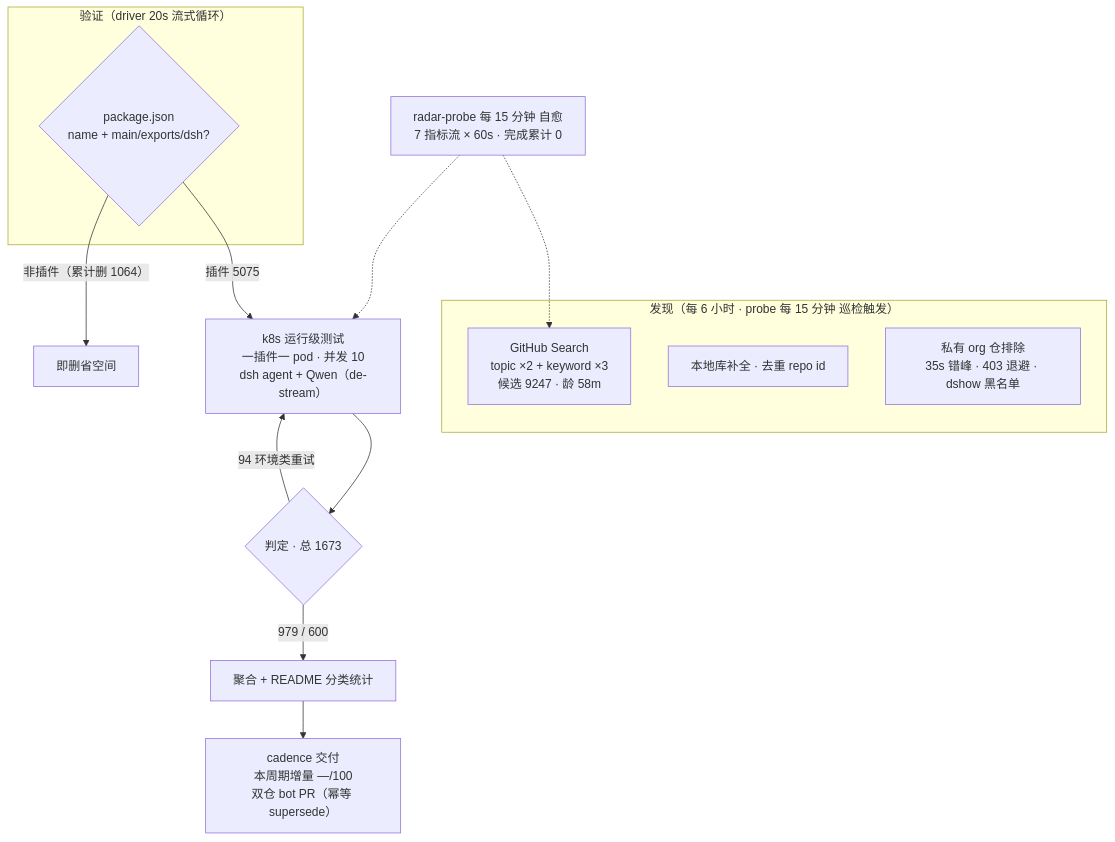
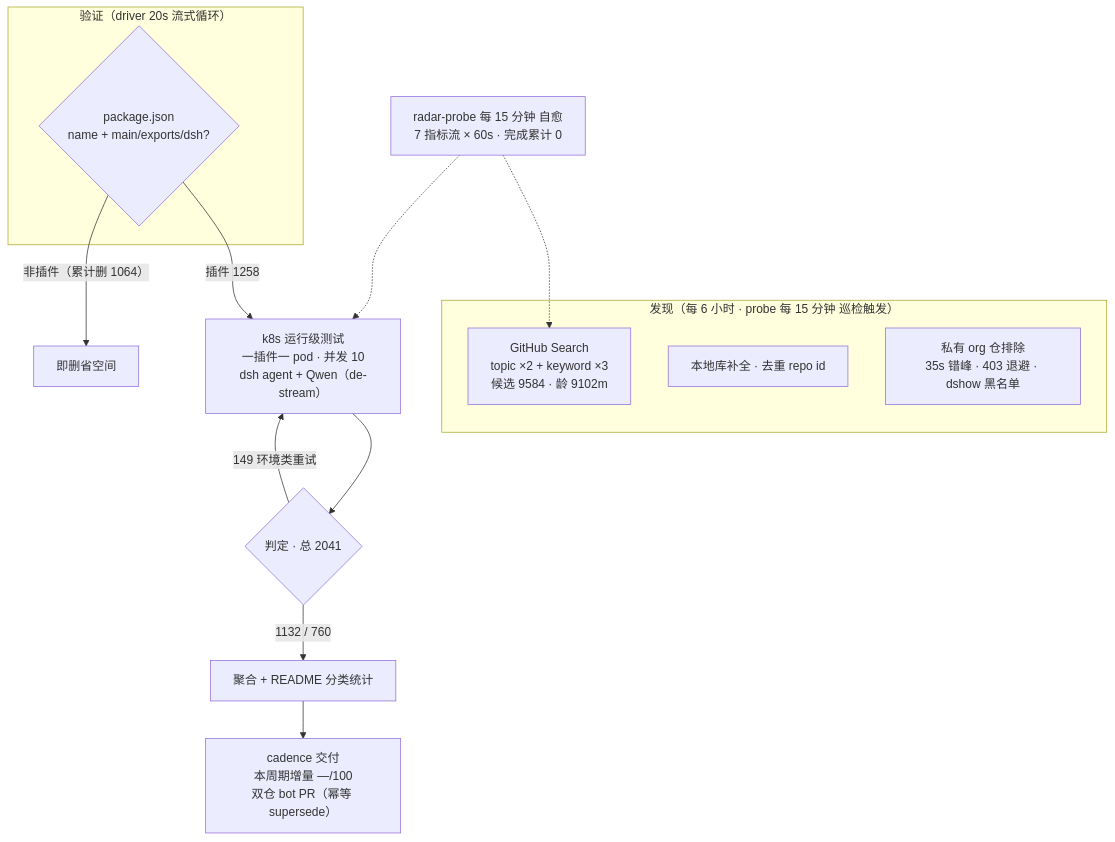
One commit to Zhidao-Lab-OSS/awesome-dsh-plugins changed the diagram in README.md. Above: the diagram before and after it, drawn with Mermaid. The commit also changed other lines of this file and 1 other file, not shown here.

````diff
--- a/README.md
+++ b/README.md
@@ -37,20 +37,20 @@
 ```mermaid
 flowchart TB
     subgraph Discovery["发现（每 6 小时 · probe 每 15 分钟 巡检触发）"]
-        A1["GitHub Search<br/>topic ×2 + keyword ×3<br/>候选 9247 · 龄 58m"]
+        A1["GitHub Search<br/>topic ×2 + keyword ×3<br/>候选 9584 · 龄 9102m"]
         A2["本地库补全 · 去重 repo id"]
         A3["私有 org 仓排除<br/>35s 错峰 · 403 退避 · dshow 黑名单"]
     end
     subgraph Validation["验证（driver 20s 流式循环）"]
         B1{"package.json<br/>name + main/exports/dsh?"}
     end
-    B1 -->|"插件 5075"| C1["k8s 运行级测试<br/>一插件一 pod · 并发 10<br/>dsh agent + Qwen（de-stream）"]
+    B1 -->|"插件 1258"| C1["k8s 运行级测试<br/>一插件一 pod · 并发 10<br/>dsh agent + Qwen（de-stream）"]
     B1 -->|"非插件（累计删 1064）"| B3["即删省空间"]
-    C1 --> D1{"判定 · 总 1673"}
-    D1 -->|"979 / 600"| E1["聚合 + README 分类统计"]
-    D1 -->|"94 环境类重试"| C1
+    C1 --> D1{"判定 · 总 2041"}
+    D1 -->|"1132 / 760"| E1["聚合 + README 分类统计"]
+    D1 -->|"149 环境类重试"| C1
     E1 --> E2["cadence 交付<br/>本周期增量 —/100<br/>双仓 bot PR（幂等 supersede）"]
     M["radar-probe 每 15 分钟 自愈<br/>7 指标流 × 60s · 完成累计 0"]
     M -.-> A1
     M -.-> C1
 ```
````
